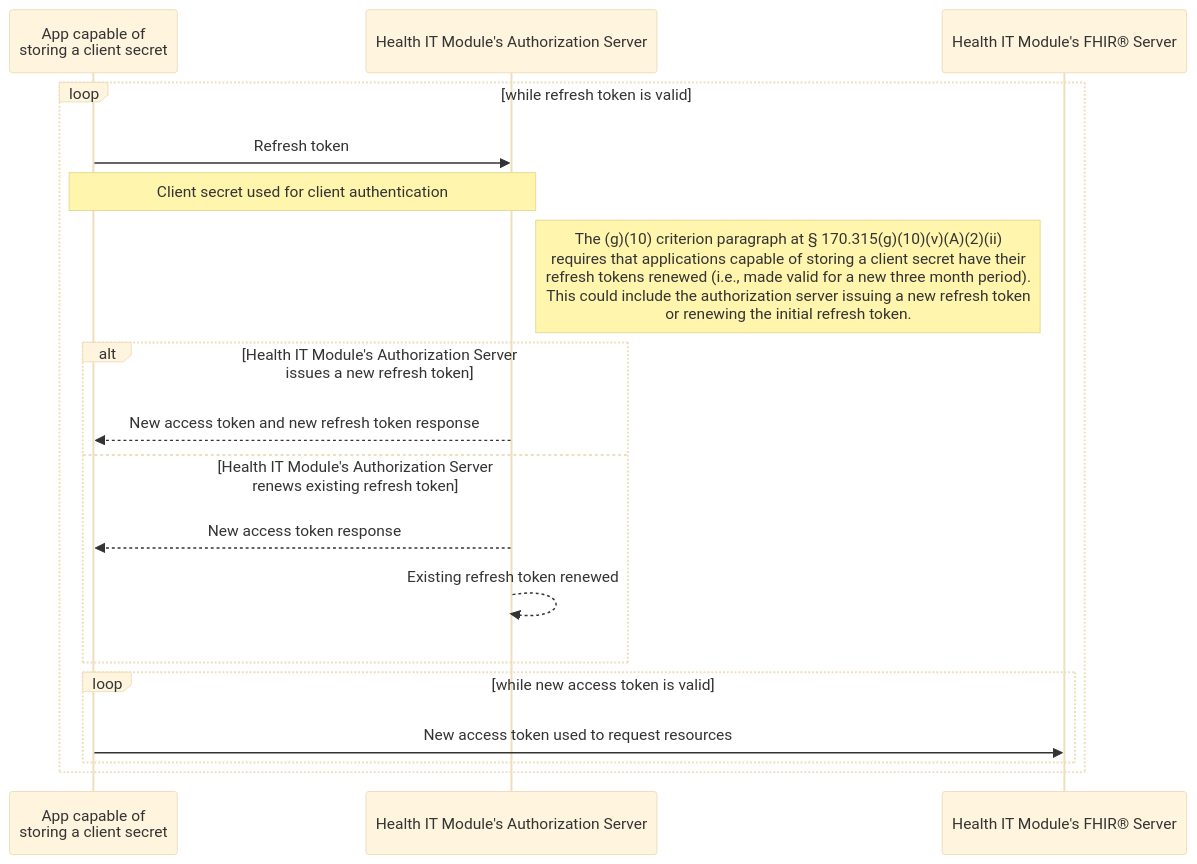
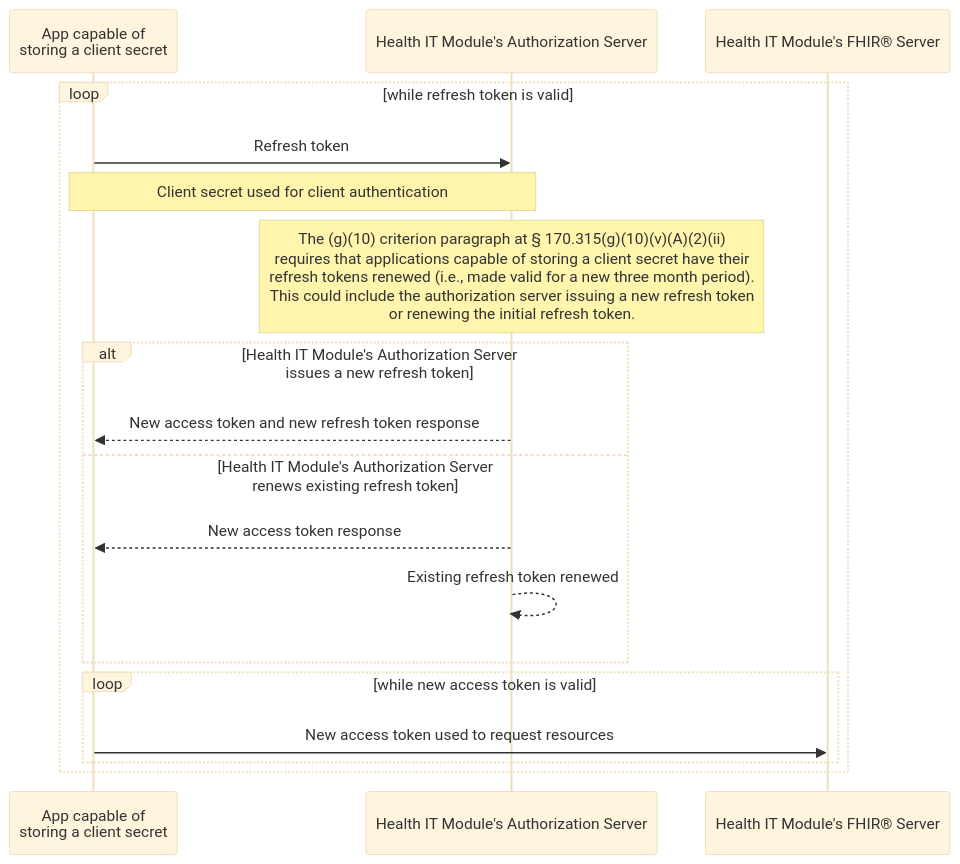
The second of 5 diagrams in docs/g10-criterion.md (onc-healthit/api-resource-guide), drawn with Mermaid (base theme) before and after one commit. The commit also changed other lines of this file, not shown here.

Commit message:
condensing diagram

````diff
--- a/docs/g10-criterion.md
+++ b/docs/g10-criterion.md
@@ -379,21 +379,21 @@
 	``` mermaid
 		sequenceDiagram
 			participant app as App capable of <br/> storing a client secret
 			participant authz as Health IT Module's Authorization Server
 			participant fhir as Health IT Module's FHIR® Server
 
 			loop while refresh token is valid
 			app ->> authz: Refresh token
 			note over app,authz: Client secret used for client authentication
-			note right of authz: The (g)(10) criterion paragraph at § 170.315(g)(10)(v)(A)(2)(ii) <br/> requires that applications capable of storing a client secret have their <br/> refresh tokens renewed (i.e., made valid for a new three month period). <br/> This could include the authorization server issuing a new refresh token <br/> or renewing the initial refresh token.
+			note over authz: The (g)(10) criterion paragraph at § 170.315(g)(10)(v)(A)(2)(ii) <br/> requires that applications capable of storing a client secret have their <br/> refresh tokens renewed (i.e., made valid for a new three month period). <br/> This could include the authorization server issuing a new refresh token <br/> or renewing the initial refresh token.
 			alt Health IT Module's Authorization Server issues a new refresh token
 				authz -->> app: New access token and new refresh token response
 			else Health IT Module's Authorization Server renews existing refresh token
 				authz -->> app: New access token response
 				authz -->> authz: Existing refresh token renewed
 			end
 			loop while new access token is valid
 				app ->> fhir: New access token used to request resources
 			end
 			end
 	```
````
